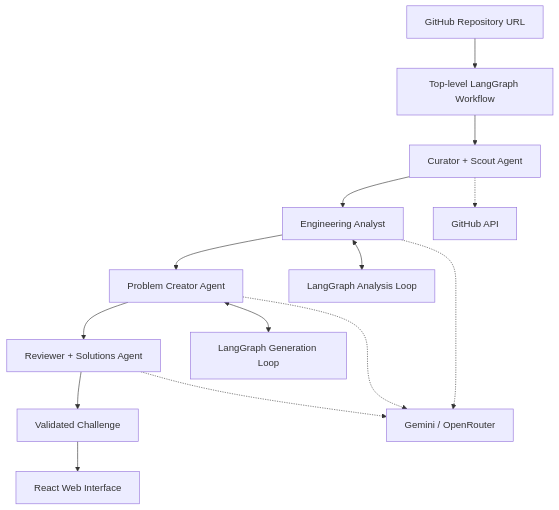
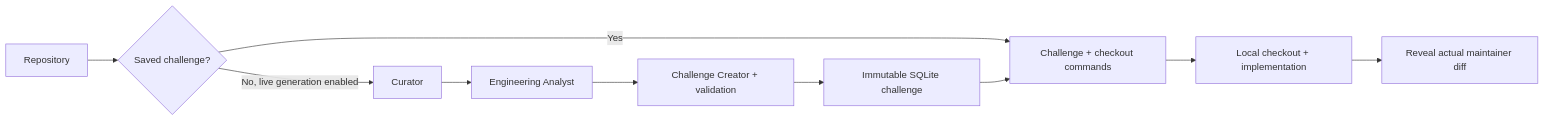
The diagram in README.md (ashutoshjalan23/Accelerate), drawn with Mermaid before and after one commit. The commit also changed other lines of this file and 56 other files, not shown here.

Commit message:
Build local repository challenges with cached demos and maintainer diff reveal

````diff
--- a/README.md
+++ b/README.md
@@ -68,18 +29,12 @@
 ```mermaid
-flowchart TD
-    A[GitHub Repository URL] --> B[Top-level LangGraph Workflow]
-    B --> C[Curator + Scout Agent]
+flowchart LR
+    A[Repository] --> B{Saved challenge?}
+    B -->|Yes| F[Challenge + checkout commands]
+    B -->|No, live generation enabled| C[Curator]
     C --> D[Engineering Analyst]
-    D --> E[Problem Creator Agent]
-    E --> F[Reviewer + Solutions Agent]
-    F --> G[Validated Challenge]
-    G --> H[React Web Interface]
-
-    D <--> D1[LangGraph Analysis Loop]
-    E <--> E1[LangGraph Generation Loop]
-
-    C -.-> I[GitHub API]
-    D -.-> J[Gemini / OpenRouter]
-    E -.-> J
-    F -.-> J
+    D --> E[Challenge Creator + validation]
+    E --> S[Immutable SQLite challenge]
+    S --> F
+    F --> G[Local checkout + implementation]
+    G --> H[Reveal actual maintainer diff]
 ```
````
